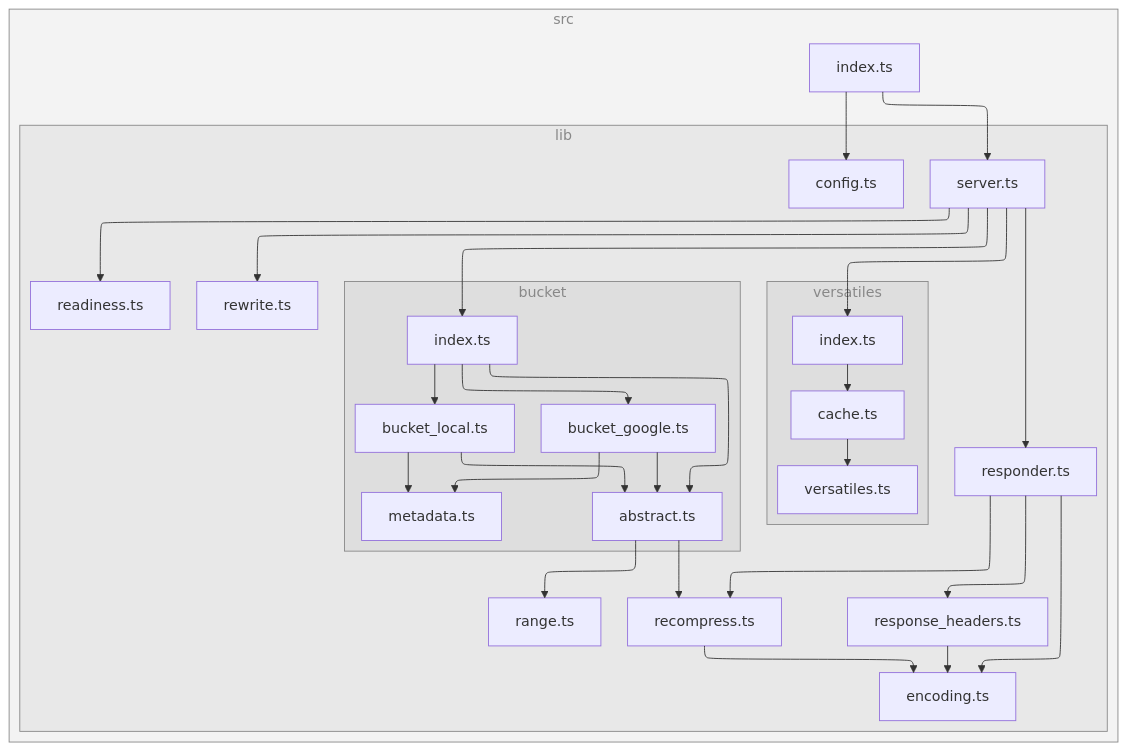
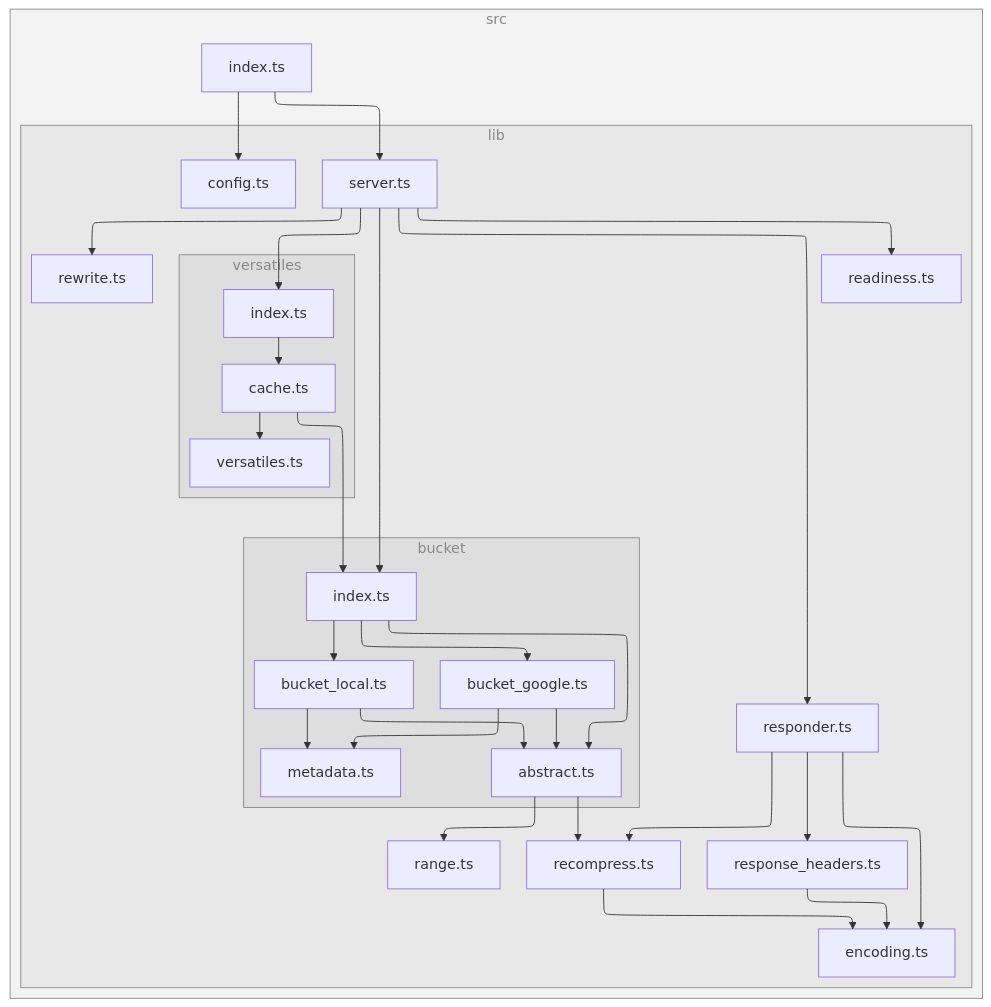
Before and after one commit to versatiles-org/node-versatiles-google-cloud: the diagram in README.md, drawn with Mermaid. The commit also changed 8 other files, not shown here.

````diff
--- a/README.md
+++ b/README.md
@@ -382,60 +382,61 @@
 ```mermaid
 ---
 config:
   layout: elk
 ---
 flowchart TB
 
 subgraph 0["src"]
 1["index.ts"]
 subgraph 2["lib"]
 3["config.ts"]
 4["server.ts"]
 subgraph 5["bucket"]
 6["index.ts"]
 7["abstract.ts"]
 B["bucket_google.ts"]
 C["metadata.ts"]
 D["bucket_local.ts"]
 end
 8["range.ts"]
 9["recompress.ts"]
 A["encoding.ts"]
 E["readiness.ts"]
 F["responder.ts"]
 G["response_headers.ts"]
 H["rewrite.ts"]
 subgraph I["versatiles"]
 J["index.ts"]
 K["cache.ts"]
 L["versatiles.ts"]
 end
 end
 end
 1-->3
 1-->4
 4-->6
 4-->E
 4-->F
 4-->H
 4-->J
 6-->7
 6-->B
 6-->D
 7-->8
 7-->9
 9-->A
 B-->7
 B-->C
 D-->7
 D-->C
 F-->A
 F-->9
 F-->G
 G-->A
 J-->K
+K-->6
 K-->L
 
 class 0,2,5,I subgraphs;
 classDef subgraphs fill-opacity:0.1, fill:#888, color:#888, stroke:#888;
 ```
````
